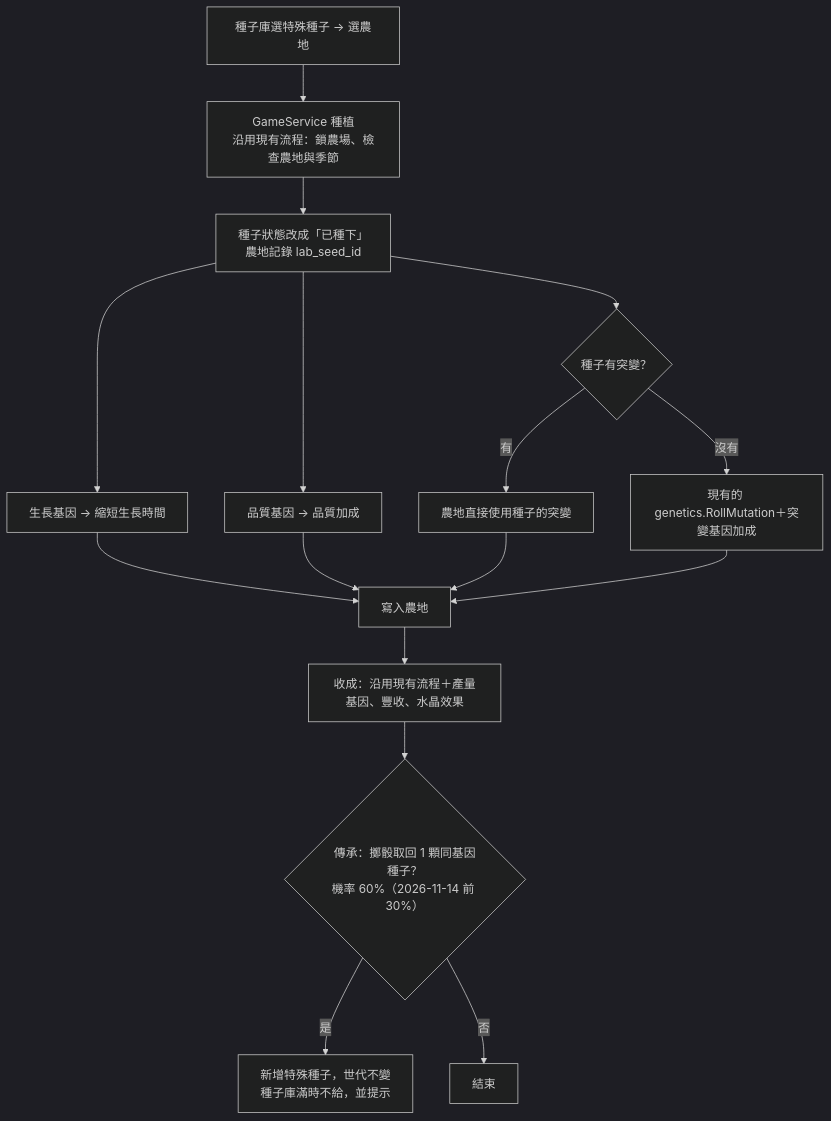
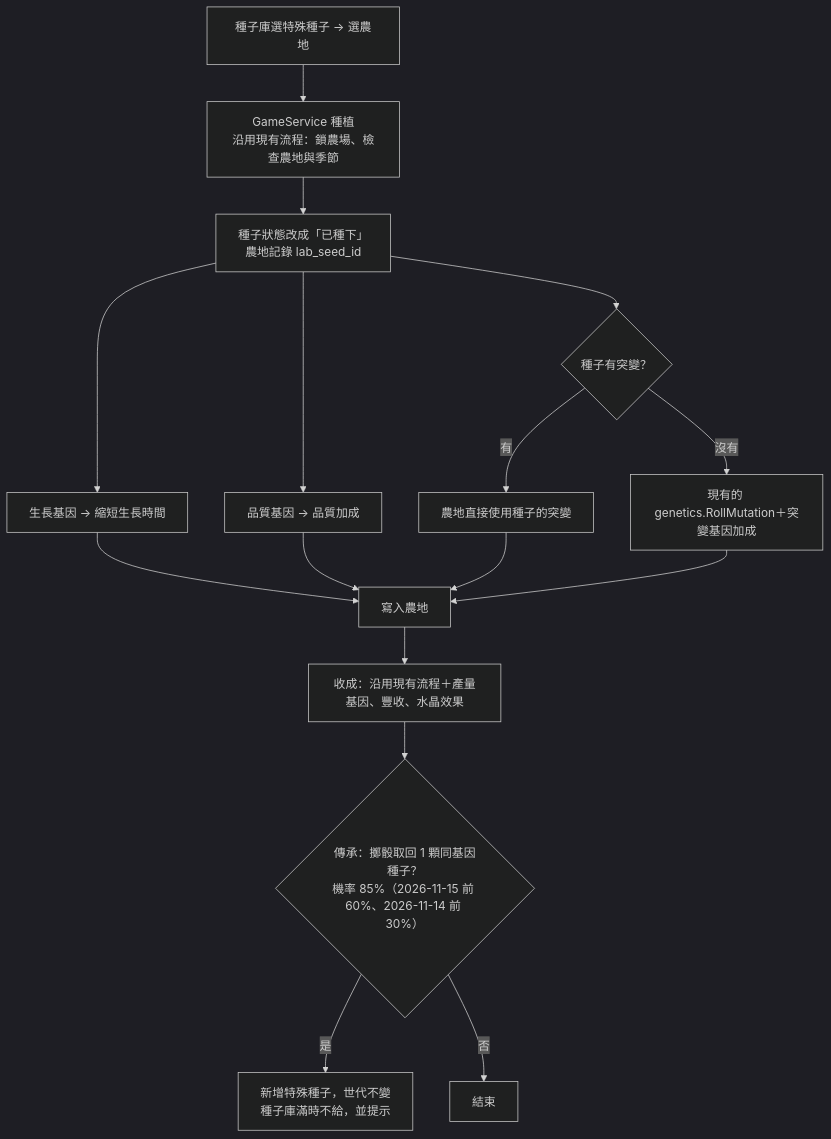
The eighth of 9 diagrams in 種子實驗室流程圖.md (kurumicute/farmgo), drawn with Mermaid (dark theme) before and after one commit. The commit also changed other lines of this file and 14 other files, not shown here.

````diff
--- a/種子實驗室流程圖.md
+++ b/種子實驗室流程圖.md
@@ -214,15 +226,15 @@
 ```mermaid
 flowchart TD
     A[種子庫選特殊種子 → 選農地] --> B[GameService 種植<br/>沿用現有流程：鎖農場、檢查農地與季節]
     B --> C[種子狀態改成「已種下」<br/>農地記錄 lab_seed_id]
     C --> D[生長基因 → 縮短生長時間]
     C --> E[品質基因 → 品質加成]
     C --> F{種子有突變？}
     F -- 有 --> F1[農地直接使用種子的突變]
     F -- 沒有 --> F2[現有的 genetics.RollMutation＋突變基因加成]
     D & E & F1 & F2 --> G[寫入農地]
     G --> H[收成：沿用現有流程＋產量基因、豐收、水晶效果]
-    H --> I{傳承：擲骰取回 1 顆同基因種子？<br/>機率 60%（2026-11-14 前 30%）}
+    H --> I{傳承：擲骰取回 1 顆同基因種子？<br/>機率 85%（2026-11-15 前 60%、2026-11-14 前 30%）}
     I -- 是 --> J[新增特殊種子，世代不變<br/>種子庫滿時不給，並提示]
     I -- 否 --> K[結束]
 ```
````
